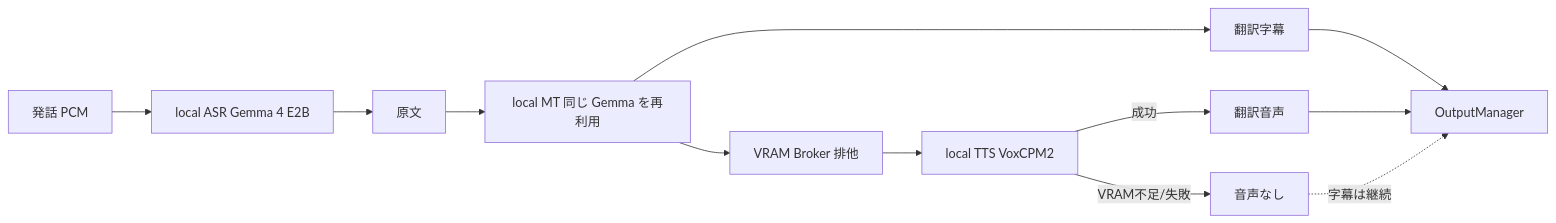
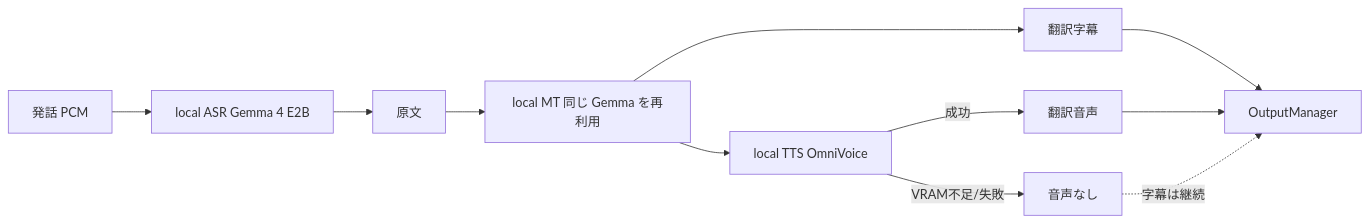
The fourth of 4 diagrams in language-aware-conferencing-system/sonowa/README.md (liushuang393/apps), drawn with Mermaid before and after one commit. The commit also changed other lines of this file and 41 other files, not shown here.

First line of the commit message:
refactor: ローカル方式を Gemma 4 E2B + OmniVoice の2モデルに統一

````diff
--- a/language-aware-conferencing-system/sonowa/README.md
+++ b/language-aware-conferencing-system/sonowa/README.md
@@ -179,14 +181,13 @@
 ```mermaid
 flowchart LR
   pcm[発話 PCM] --> asr[local ASR Gemma 4 E2B]
   asr --> text[原文]
   text --> mt[local MT 同じ Gemma を再利用]
   mt --> sub[翻訳字幕]
-  mt --> broker[VRAM Broker 排他]
-  broker --> tts[local TTS VoxCPM2]
+  mt --> tts[local TTS OmniVoice]
   tts -->|成功| ta[翻訳音声]
   tts -->|VRAM不足/失敗| none[音声なし]
   sub --> om[OutputManager]
   ta --> om
   none -.->|字幕は継続| om
 ```
````
